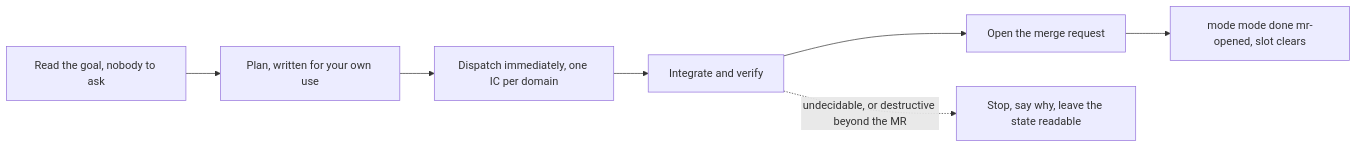
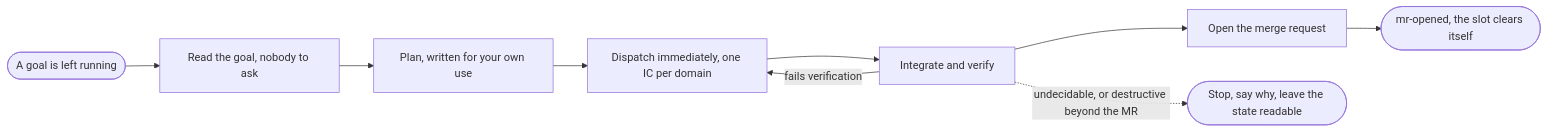
One commit to EthanITA/Mode changed the diagram in skills/mode/modes/autopilot.md. Above: the diagram before and after it, drawn with Mermaid. The commit also changed other lines of this file and 17 other files, not shown here.

Commit message:
docs(modes): every diagram opens on its trigger, draws its loops and marks its exits

````diff
--- a/skills/mode/modes/autopilot.md
+++ b/skills/mode/modes/autopilot.md
@@ -30,9 +31,11 @@
 ```mermaid
 flowchart LR
-    R[Read the goal, nobody to ask] --> P[Plan, written for your own use]
+    G([A goal is left running]) --> R[Read the goal, nobody to ask]
+    R --> P[Plan, written for your own use]
     P --> D[Dispatch immediately, one IC per domain]
     D --> I[Integrate and verify]
+    I -- fails verification --> D
     I --> M[Open the merge request]
-    M --> X[mode mode done mr-opened, slot clears]
-    I -. undecidable, or destructive beyond the MR .-> S[Stop, say why, leave the state readable]
+    M --> X([mr-opened, the slot clears itself])
+    I -. undecidable, or destructive beyond the MR .-> S([Stop, say why, leave the state readable])
 ```
````
